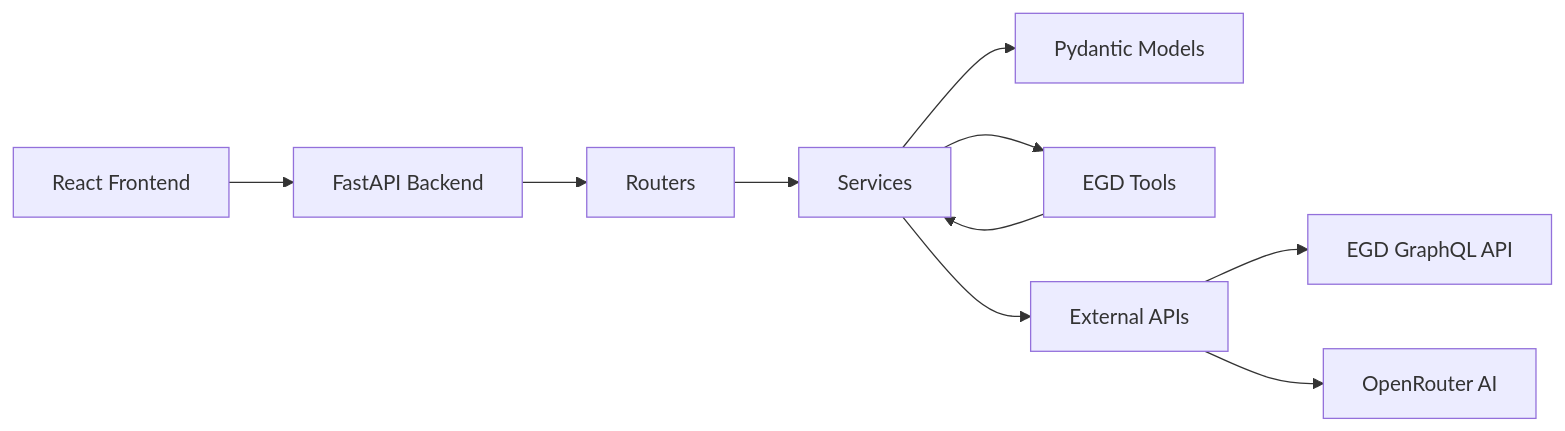
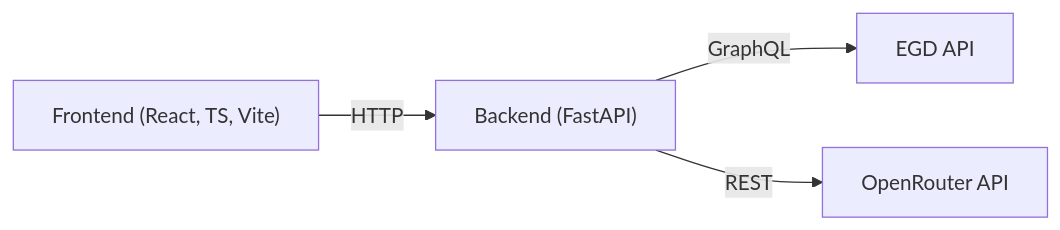
The eighth of 8 diagrams in .qoder/repowiki/en/content/Project Overview.md (Ragnar1999/GoNow), drawn with Mermaid before and after one commit. The commit also changed other lines of this file and 123 other files, not shown here.

First line of the commit message:
fix: update EGD API token and improve error handling

````diff
--- a/.qoder/repowiki/en/content/Project Overview.md
+++ b/.qoder/repowiki/en/content/Project Overview.md
@@ -411,12 +286,6 @@
 ```mermaid
 graph LR
-Frontend["React Frontend"] --> Backend["FastAPI Backend"]
-Backend --> Routers["Routers"]
-Routers --> Services["Services"]
-Services --> Models["Pydantic Models"]
-Services --> Tools["EGD Tools"]
-Tools --> Services
-Services --> External["External APIs"]
-External --> EGD["EGD GraphQL API"]
-External --> OpenRouter["OpenRouter AI"]
+FE["Frontend (React, TS, Vite)"] --> |HTTP| BE["Backend (FastAPI)"]
+BE --> |GraphQL| EGD["EGD API"]
+BE --> |REST| OR["OpenRouter API"]
 ```
````
